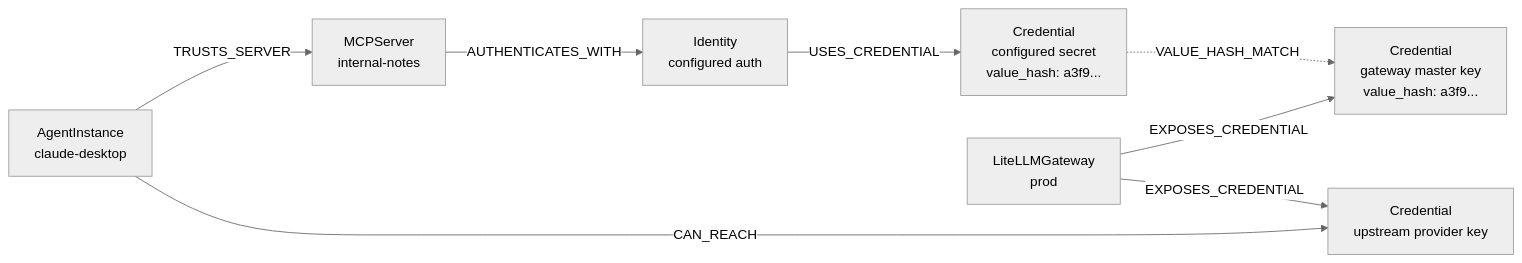
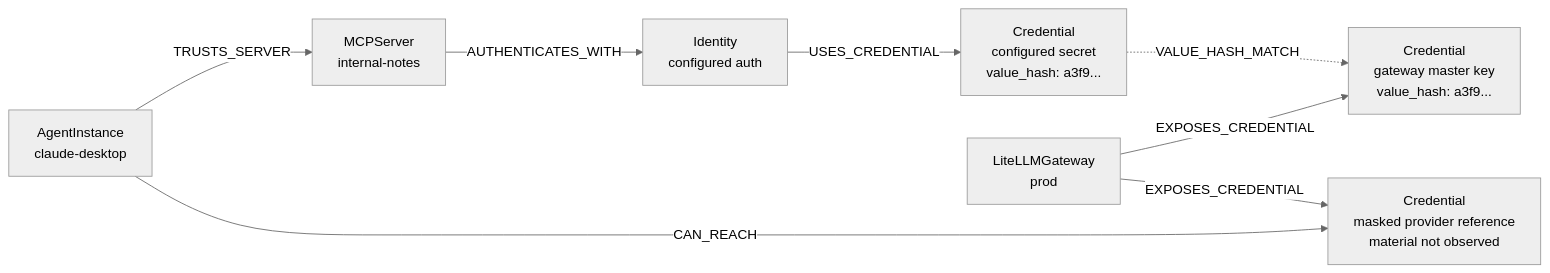
The diagram in README.md (adithyan-ak/AgentHound), drawn with Mermaid (neutral theme) before and after one commit. The commit also changed other lines of this file and 101 other files, not shown here.

````diff
--- a/README.md
+++ b/README.md
@@ -262,18 +274,18 @@
 ```mermaid
 flowchart LR
   Agent["AgentInstance<br/>claude-desktop"]
   Notes["MCPServer<br/>internal-notes"]
   Identity["Identity<br/>configured auth"]
   ConfigCred["Credential<br/>configured secret<br/>value_hash: a3f9..."]
   Gateway["LiteLLMGateway<br/>prod"]
   MasterCred["Credential<br/>gateway master key<br/>value_hash: a3f9..."]
-  ProviderCred["Credential<br/>upstream provider key"]
+  ProviderRef["Credential<br/>masked provider reference<br/>material not observed"]
 
   Agent -- TRUSTS_SERVER --> Notes
   Notes -- AUTHENTICATES_WITH --> Identity
   Identity -- USES_CREDENTIAL --> ConfigCred
   ConfigCred -. VALUE_HASH_MATCH .-> MasterCred
   Gateway -- EXPOSES_CREDENTIAL --> MasterCred
-  Gateway -- EXPOSES_CREDENTIAL --> ProviderCred
-  Agent -- CAN_REACH --> ProviderCred
+  Gateway -- EXPOSES_CREDENTIAL --> ProviderRef
+  Agent -- CAN_REACH --> ProviderRef
 ```
````
